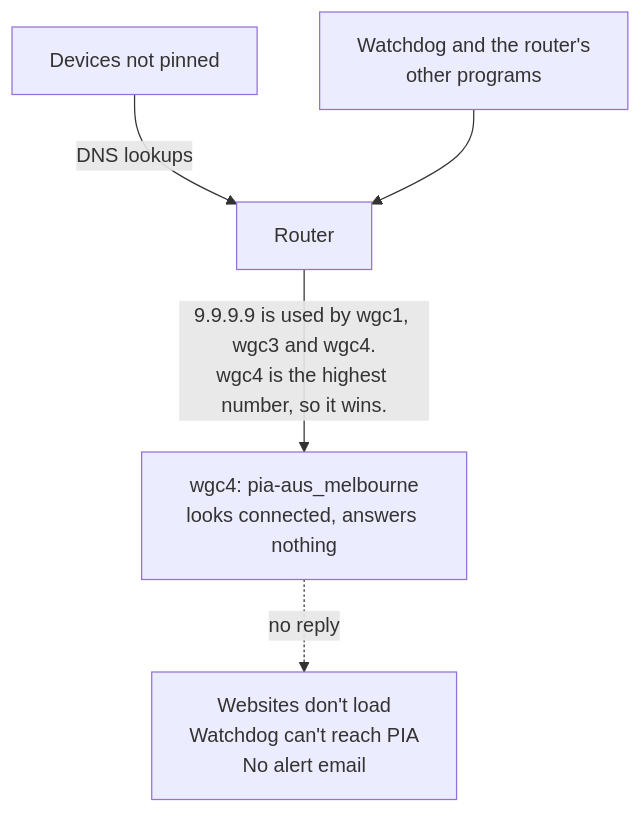
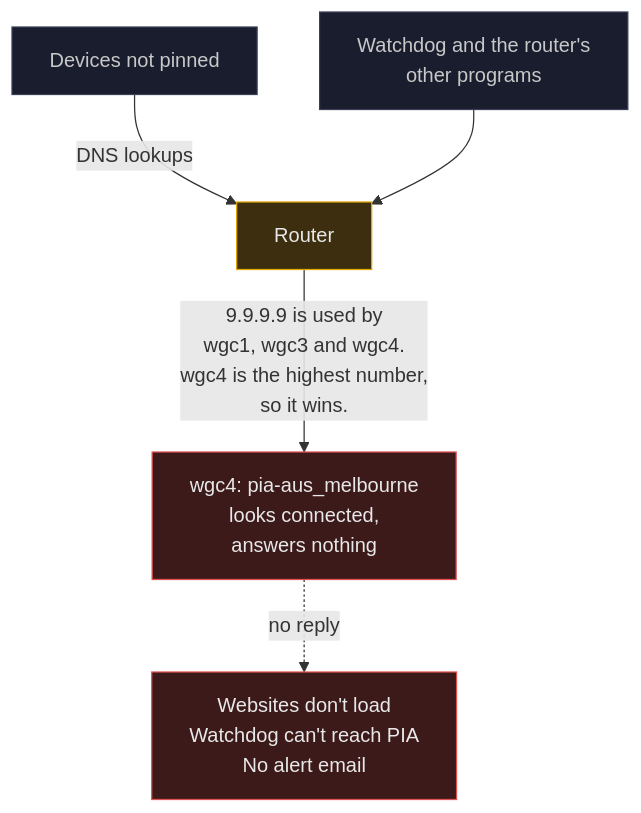
The second of 5 diagrams in ROUTER-DNS.md (ExponentiallyDigital/cfg-pia-wg), drawn with Mermaid before and after one commit. The commit also changed other lines of this file and 40 other files, not shown here.

````diff
--- a/ROUTER-DNS.md
+++ b/ROUTER-DNS.md
@@ -82,7 +92,15 @@
 ```mermaid
 flowchart TB
   U["Devices not pinned"] -- "DNS lookups" --> R["Router"]
   W["Watchdog and the router's<br/>other programs"] --> R
-  R -- "9.9.9.9 is used by wgc1, wgc3 and wgc4.<br/>wgc4 is the highest number, so it wins." --> T4["wgc4: pia-aus_melbourne<br/>looks connected, answers nothing"]
+  R -- "9.9.9.9 is used by<br>wgc1, wgc3 and wgc4.<br/>wgc4 is the highest number,<br>so it wins." --> T4["wgc4: pia-aus_melbourne<br/>looks connected,<br>answers nothing"]
   T4 -. "no reply" .-> X["Websites don't load<br/>Watchdog can't reach PIA<br/>No alert email"]
+
+  classDef go fill:#0F3D2E,stroke:#00D4AA,color:#E8E8E8
+  classDef bad fill:#3D1A1A,stroke:#E05252,color:#E8E8E8
+  classDef work fill:#3D2E0F,stroke:#E0A800,color:#E8E8E8
+  classDef step fill:#1A1D2E,stroke:#3A3F55,color:#C8C8C8
+  class U,W step
+  class R work
+  class T4,X bad
 ```
````
